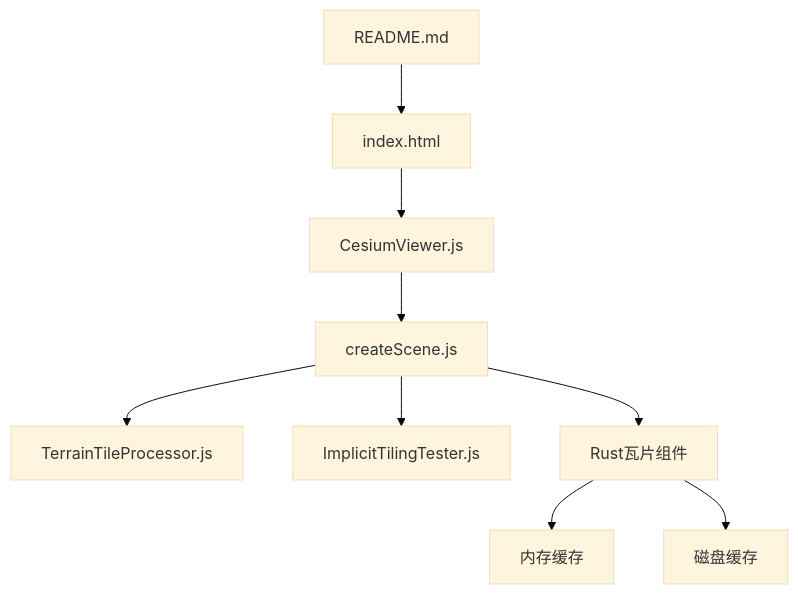
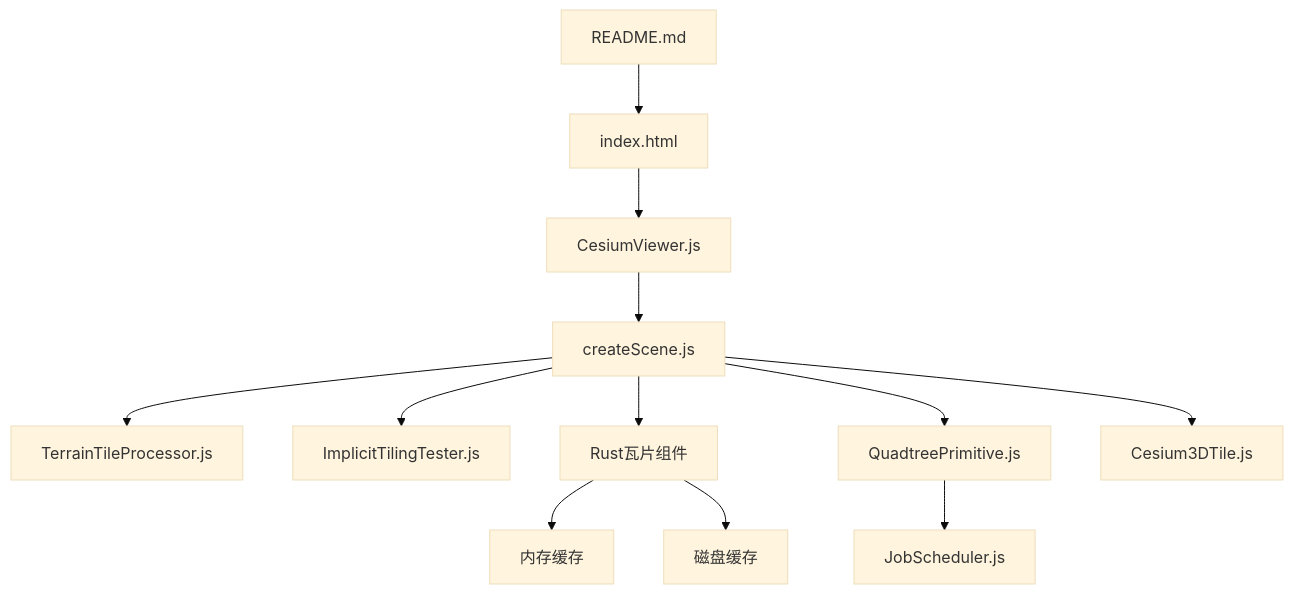
One commit to rzhangjing/cesium changed the ninth of 9 diagrams in .qoder/repowiki/zh/content/性能优化/数据加载优化/瓦片加载策略.md. Above: the diagram before and after it, drawn with Mermaid (base theme). The commit also changed other lines of this file and 24 other files, not shown here.

````diff
--- a/.qoder/repowiki/zh/content/性能优化/数据加载优化/瓦片加载策略.md
+++ b/.qoder/repowiki/zh/content/性能优化/数据加载优化/瓦片加载策略.md
@@ -267,11 +361,14 @@
 ```mermaid
 graph TB
 R["README.md"] --> I["index.html"]
 I --> V["CesiumViewer.js"]
 V --> S["createScene.js"]
 S --> T["TerrainTileProcessor.js"]
 S --> IT["ImplicitTilingTester.js"]
 S --> RC["Rust瓦片组件"]
 RC --> MC["内存缓存"]
 RC --> DC["磁盘缓存"]
+S --> QP["QuadtreePrimitive.js"]
+QP --> JS["JobScheduler.js"]
+S --> C3DT["Cesium3DTile.js"]
 ```
````
